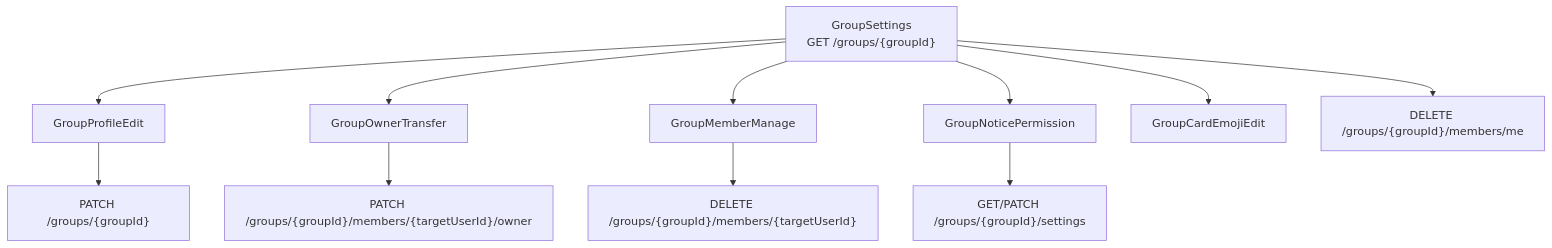
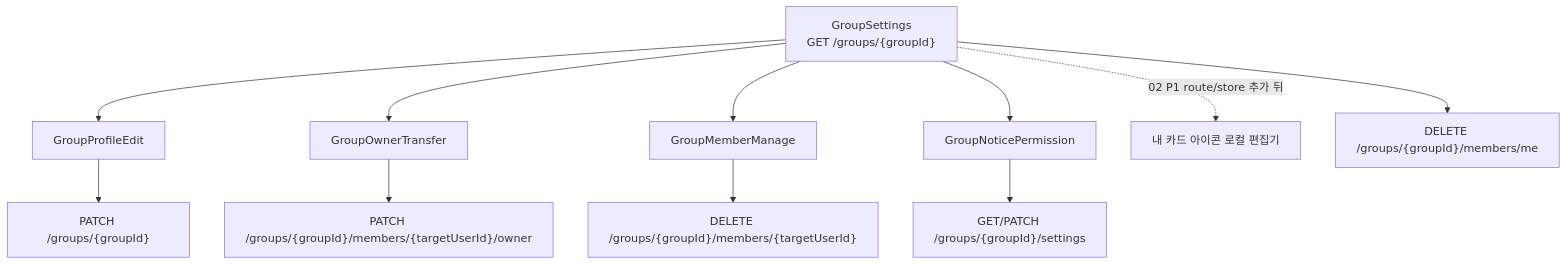
Before and after one commit to OneOrThree/phone: the third of 3 diagrams in docs/prd/group/features/04-operation/high-level-design.md, drawn with Mermaid. The commit also changed other lines of this file and 14 other files, not shown here.

````diff
--- a/docs/prd/group/features/04-operation/high-level-design.md
+++ b/docs/prd/group/features/04-operation/high-level-design.md
@@ -62,15 +62,15 @@
 ```mermaid
 flowchart TB
     Settings["GroupSettings\nGET /groups/{groupId}"]
     Settings --> Profile["GroupProfileEdit"]
     Settings --> Transfer["GroupOwnerTransfer"]
     Settings --> Manage["GroupMemberManage"]
     Settings --> Permission["GroupNoticePermission"]
-    Settings --> Emoji["GroupCardEmojiEdit"]
+    Settings -.->|"02 P1 route/store 추가 뒤"| Emoji["내 카드 아이콘 로컬 편집기"]
     Settings --> Withdraw["DELETE /groups/{groupId}/members/me"]
 
     Profile --> Update["PATCH /groups/{groupId}"]
     Transfer --> OwnerApi["PATCH /groups/{groupId}/members/{targetUserId}/owner"]
     Manage --> KickApi["DELETE /groups/{groupId}/members/{targetUserId}"]
     Permission --> GrantApi["GET/PATCH /groups/{groupId}/settings"]
 ```
````
